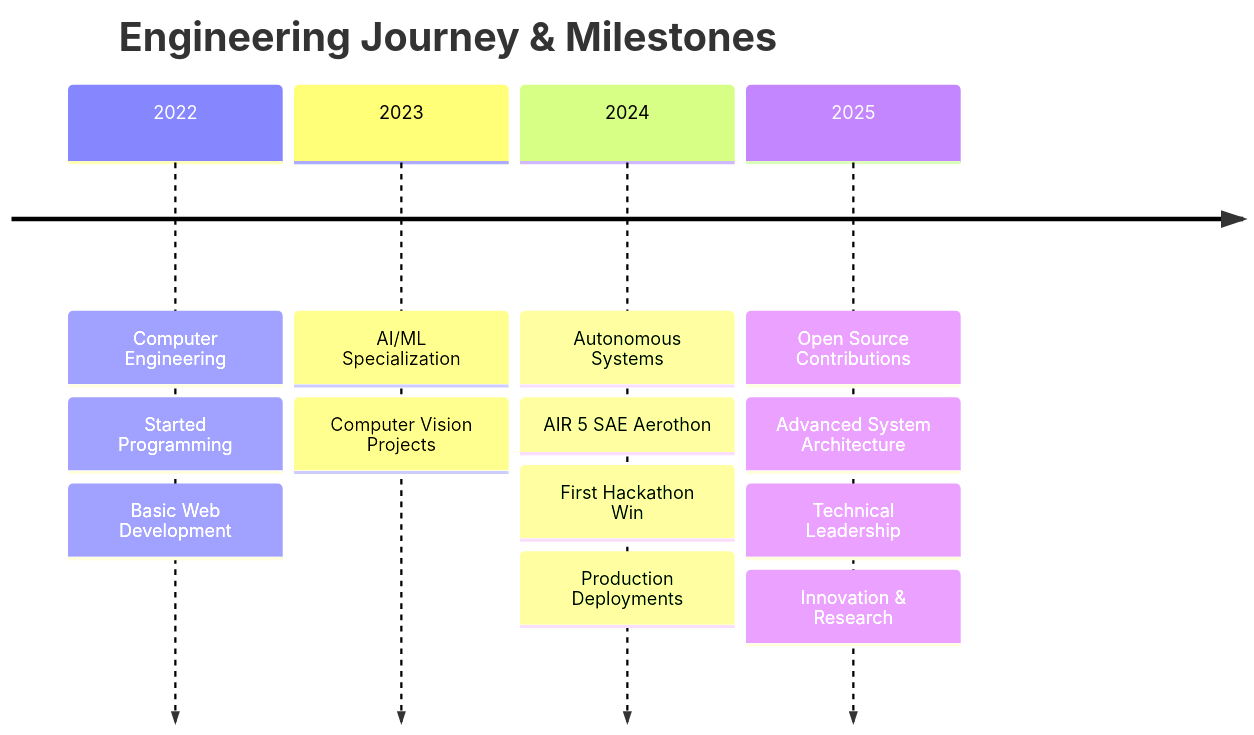
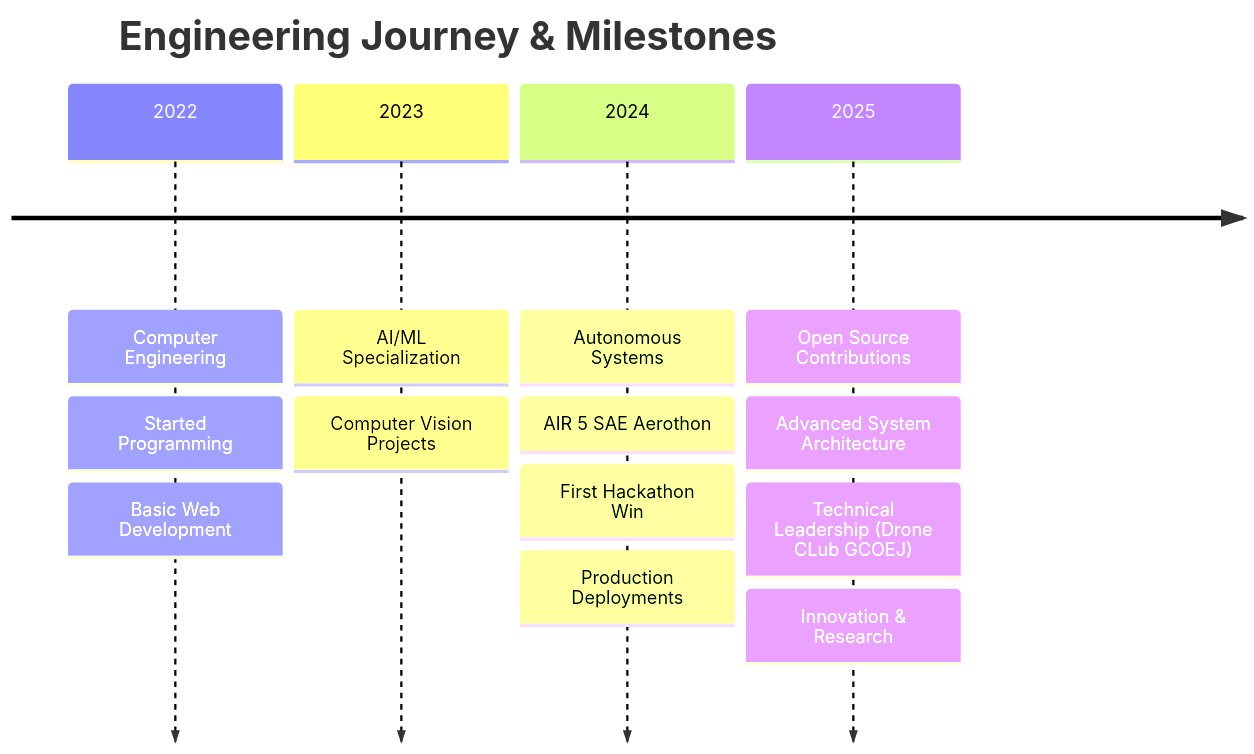
The diagram in README.md (Shubham07badgujar/Shubham07badgujar), drawn with Mermaid before and after one commit.

Commit message:
feat: Remove orphaned employee users and delete all employee data scripts as part of project cleanup

````diff
--- a/README.md
+++ b/README.md
@@ -211,22 +211,22 @@
 ```mermaid
 timeline
     title Engineering Journey & Milestones
     
     2022 : Computer Engineering
          : Started Programming
          : Basic Web Development
     
     2023 : AI/ML Specialization
          : Computer Vision Projects
          
     
     2024 : Autonomous Systems
          : AIR 5 SAE Aerothon
          : First Hackathon Win
          : Production Deployments
     
     2025 : Open Source Contributions
          : Advanced System Architecture
-         : Technical Leadership
+         : Technical Leadership (Drone CLub GCOEJ)
          : Innovation & Research
 ```
````
